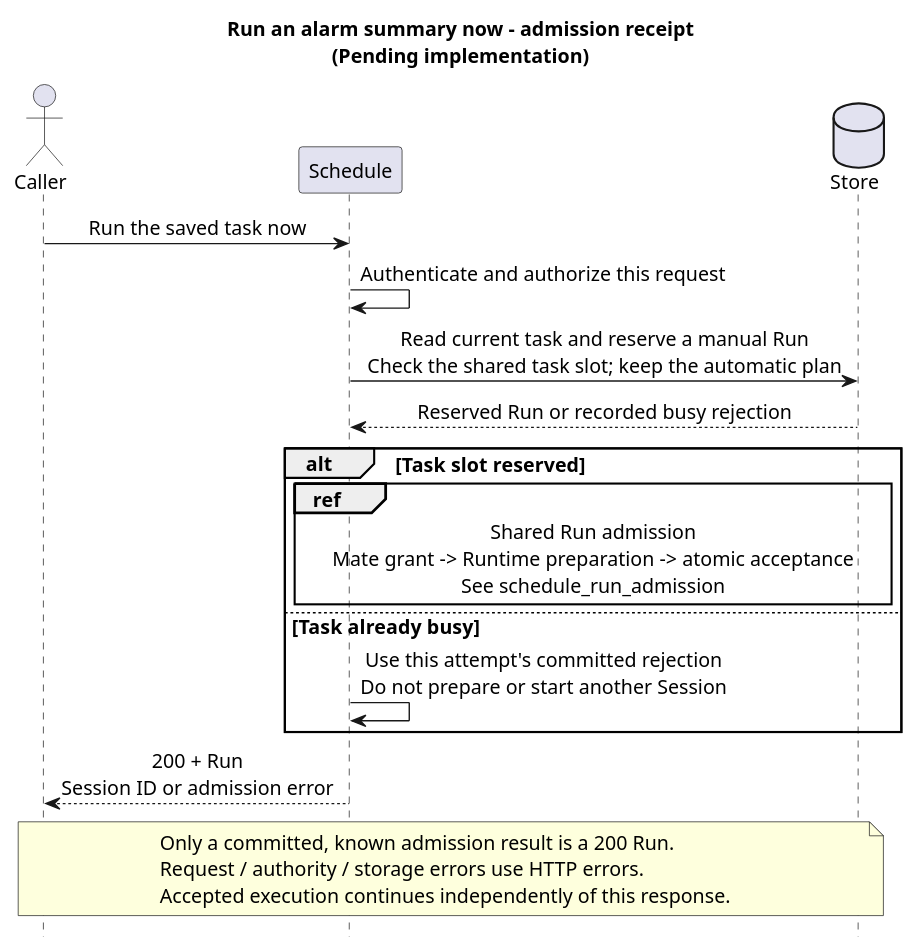
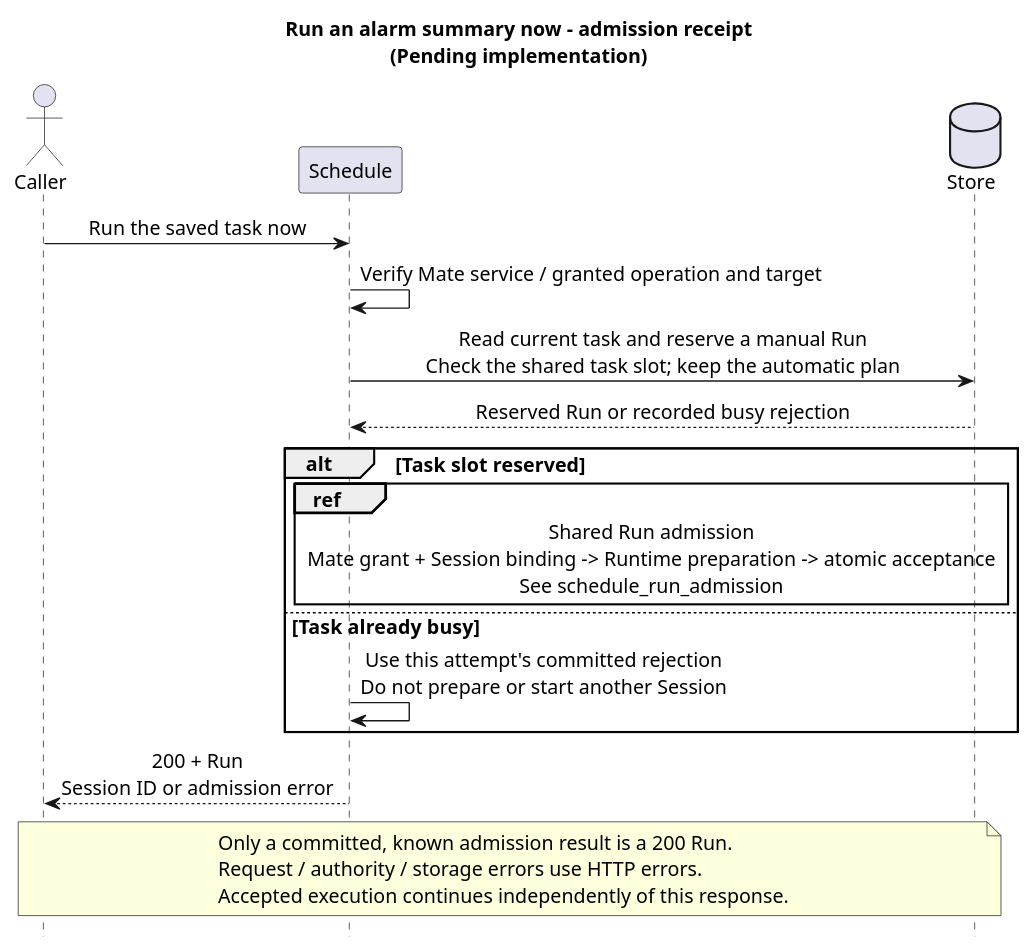
One commit to ssm0808/pi-mono-java-design changed the fourth of 5 diagrams in 01-总体架构/08-CampusClaw定时任务/diagram.puml. Above: the diagram before and after it, drawn with PlantUML. The commit also changed other lines of this file and 17 other files, not shown here.

Commit message:
docs(architecture): 将会话归属与权限统一交由 Mate 维护

```diff
--- a/01-总体架构/08-CampusClaw定时任务/diagram.puml
+++ b/01-总体架构/08-CampusClaw定时任务/diagram.puml
@@ -184,35 +186,35 @@
 @startuml schedule_manual_run
 ' Java baseline: 553dcd5e2ff682f9684810a043b442b37a02e54a; main fetched 2026-10-08 (unchanged).
 ' Source: modules/cron/src/main/java/com/campusclaw/cron/engine/CronEngine.java triggerJob.
 ' Source: modules/coding-agent-cli/src/main/java/com/campusclaw/codingagent/tool/cron/ManagedCronSessionRunner.java execute (legacy synchronous prompt.join).
 ' Presentation: Schedule owns admission; the response is not a Runtime completion callback.
 ' Design reason: manual and automatic entries share admission and task exclusion.
 ' Target: Pending implementation; manual runs never move the automatic plan.
 title Run an alarm summary now - admission receipt\n(Pending implementation)
 hide footbox
 skinparam backgroundColor white
 skinparam defaultFontSize 14
 skinparam sequenceMessageAlign center
 actor Caller
 participant Schedule
 database Store
 Caller -> Schedule : Run the saved task now
-Schedule -> Schedule : Authenticate and authorize this request
+Schedule -> Schedule : Verify Mate service / granted operation and target
 Schedule -> Store : Read current task and reserve a manual Run\nCheck the shared task slot; keep the automatic plan
 Store --> Schedule : Reserved Run or recorded busy rejection
 alt Task slot reserved
   ref over Schedule, Store
     Shared Run admission
-    Mate grant -> Runtime preparation -> atomic acceptance
+    Mate grant + Session binding -> Runtime preparation -> atomic acceptance
     See schedule_run_admission
   end ref
 else Task already busy
   Schedule -> Schedule : Use this attempt's committed rejection\nDo not prepare or start another Session
 end
 Schedule --> Caller : 200 + Run\nSession ID or admission error
 note over Caller, Store
   Only a committed, known admission result is a 200 Run.
   Request / authority / storage errors use HTTP errors.
   Accepted execution continues independently of this response.
 end note
 @enduml
```
